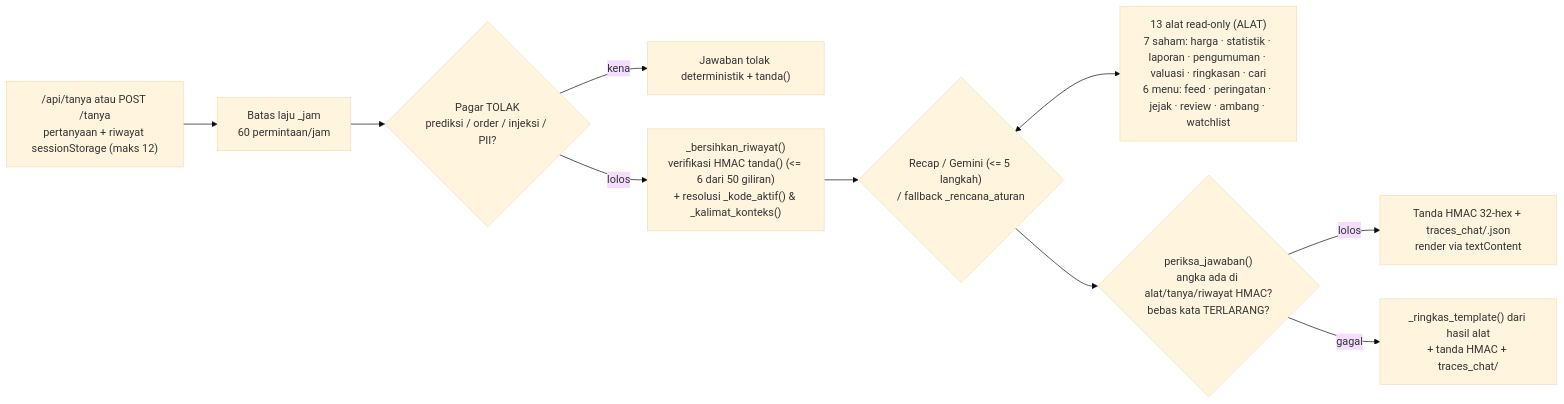
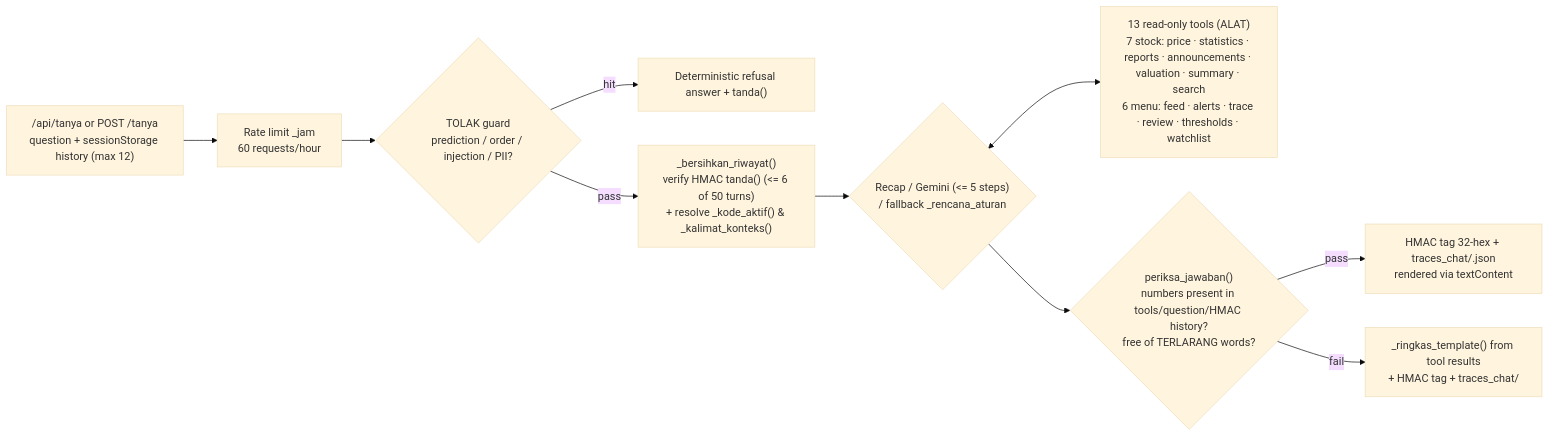
Before and after one commit to Kenfinn/feaf: the third of 4 diagrams in docs/flow-diagrams.md, drawn with Mermaid (base theme). The commit also changed other lines of this file and 30 other files, not shown here.

````diff
--- a/docs/flow-diagrams.md
+++ b/docs/flow-diagrams.md
@@ -156,12 +156,12 @@
 ```mermaid
 flowchart LR
-  Q["/api/tanya atau POST /tanya<br/>pertanyaan + riwayat sessionStorage (maks 12)"] --> LIM["Batas laju _jam<br/>60 permintaan/jam"]
-  LIM --> REJ{"Pagar TOLAK<br/>prediksi / order / injeksi / PII?"}
-  REJ -->|kena| T_REJ["Jawaban tolak deterministik + tanda()"]
-  REJ -->|lolos| HIS["_bersihkan_riwayat()<br/>verifikasi HMAC tanda() (<= 6 dari 50 giliran)<br/>+ resolusi _kode_aktif() & _kalimat_konteks()"]
-  HIS --> LOOP{"Recap / Gemini (<= 5 langkah)<br/>/ fallback _rencana_aturan"}
-  LOOP <--> ALAT["13 alat read-only (ALAT)<br/>7 saham: harga · statistik · laporan · pengumuman · valuasi · ringkasan · cari<br/>6 menu: feed · peringatan · jejak · review · ambang · watchlist"]
-  LOOP --> VER{"periksa_jawaban()<br/>angka ada di alat/tanya/riwayat HMAC?<br/>bebas kata TERLARANG?"}
-  VER -->|lolos| OUT["Tanda HMAC 32-hex + traces_chat/<id>.json<br/>render via textContent"]
-  VER -->|gagal| FB["_ringkas_template() dari hasil alat<br/>+ tanda HMAC + traces_chat/"]
+  Q["/api/tanya or POST /tanya<br/>question + sessionStorage history (max 12)"] --> LIM["Rate limit _jam<br/>60 requests/hour"]
+  LIM --> REJ{"TOLAK guard<br/>prediction / order / injection / PII?"}
+  REJ -->|hit| T_REJ["Deterministic refusal answer + tanda()"]
+  REJ -->|pass| HIS["_bersihkan_riwayat()<br/>verify HMAC tanda() (<= 6 of 50 turns)<br/>+ resolve _kode_aktif() & _kalimat_konteks()"]
+  HIS --> LOOP{"Recap / Gemini (<= 5 steps)<br/>/ fallback _rencana_aturan"}
+  LOOP <--> ALAT["13 read-only tools (ALAT)<br/>7 stock: price · statistics · reports · announcements · valuation · summary · search<br/>6 menu: feed · alerts · trace · review · thresholds · watchlist"]
+  LOOP --> VER{"periksa_jawaban()<br/>numbers present in tools/question/HMAC history?<br/>free of TERLARANG words?"}
+  VER -->|pass| OUT["HMAC tag 32-hex + traces_chat/<id>.json<br/>rendered via textContent"]
+  VER -->|fail| FB["_ringkas_template() from tool results<br/>+ HMAC tag + traces_chat/"]
 ```
````
